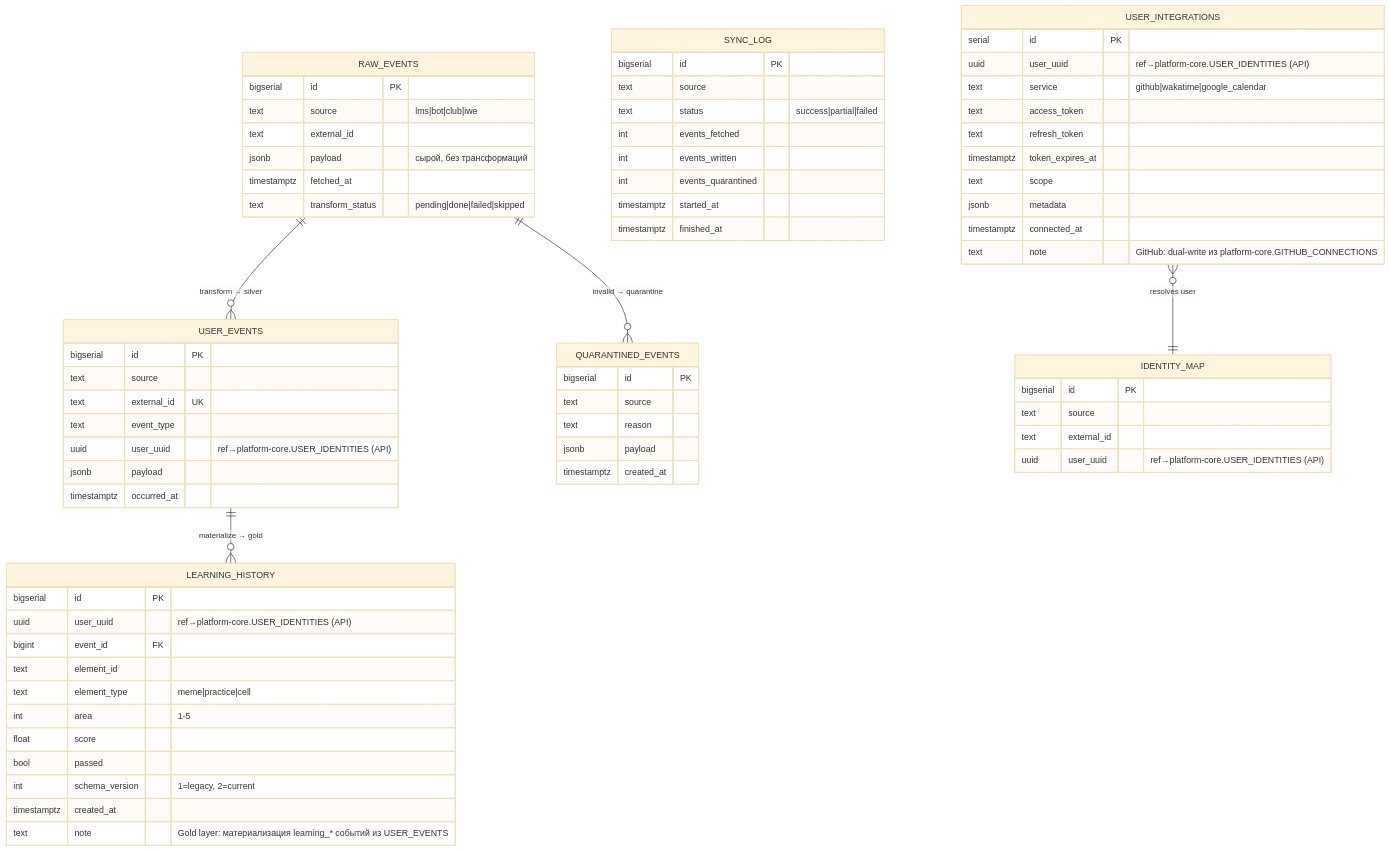
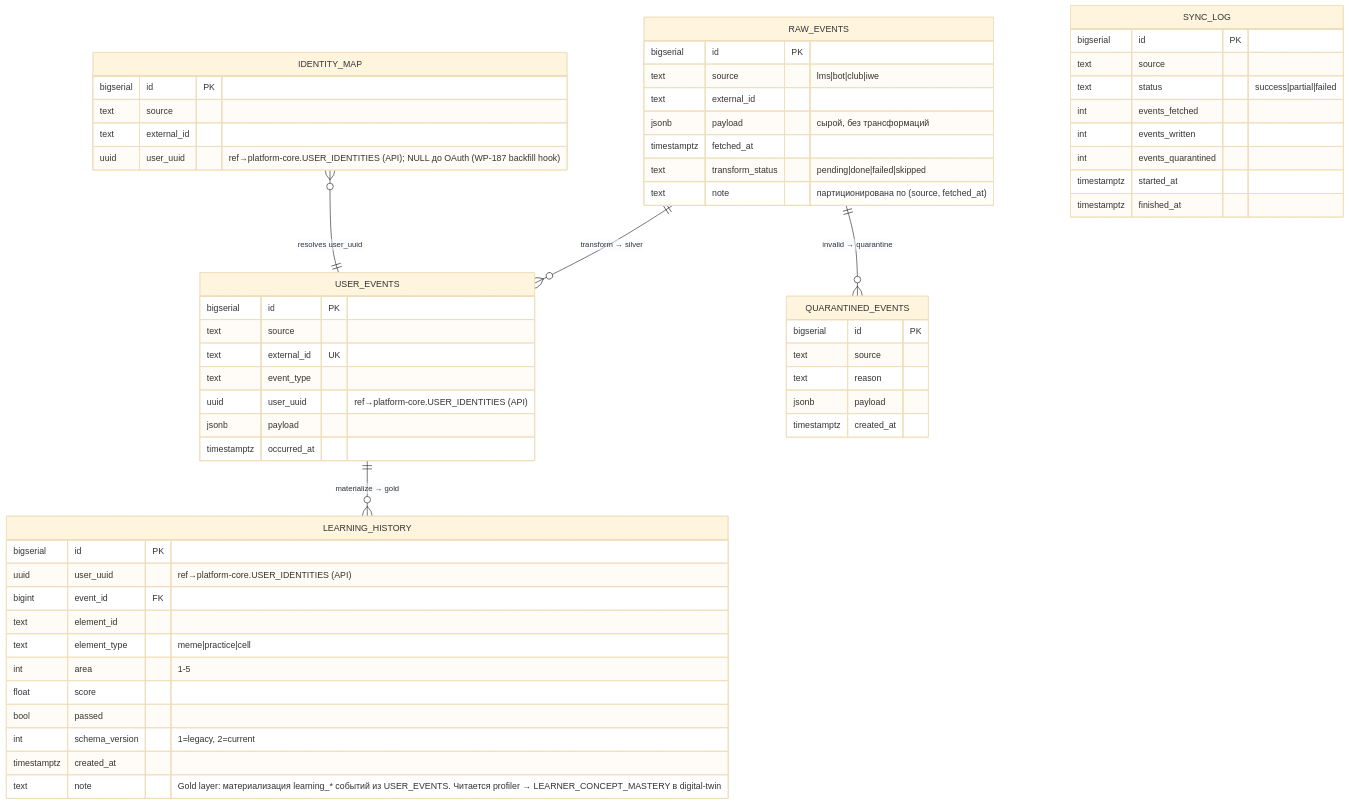
Before and after one commit to TserenTserenov/PACK-digital-platform: the fifth of 8 diagrams in pack/digital-platform/02-domain-entities/DP.ARCH.004-neon-data-architecture.md, drawn with Mermaid (base theme). The commit also changed other lines of this file, not shown here.

First line of the commit message:
refactor(dp.arch.004): resolve architecture review findings

````diff
--- a/pack/digital-platform/02-domain-entities/DP.ARCH.004-neon-data-architecture.md
+++ b/pack/digital-platform/02-domain-entities/DP.ARCH.004-neon-data-architecture.md
@@ -364,79 +393,67 @@
 ```mermaid
 erDiagram
     RAW_EVENTS {
         bigserial   id              PK
         text        source          "lms|bot|club|iwe"
         text        external_id
         jsonb       payload         "сырой, без трансформаций"
         timestamptz fetched_at
         text        transform_status "pending|done|failed|skipped"
+        text        note            "партиционирована по (source, fetched_at)"
     }
 
     USER_EVENTS {
         bigserial   id              PK
         text        source
         text        external_id     UK
         text        event_type
         uuid        user_uuid       "ref→platform-core.USER_IDENTITIES (API)"
         jsonb       payload
         timestamptz occurred_at
     }
 
     LEARNING_HISTORY {
         bigserial   id              PK
         uuid        user_uuid       "ref→platform-core.USER_IDENTITIES (API)"
         bigint      event_id        FK
         text        element_id
         text        element_type    "meme|practice|cell"
         int         area            "1-5"
         float       score
         bool        passed
         int         schema_version  "1=legacy, 2=current"
         timestamptz created_at
-        text        note            "Gold layer: материализация learning_* событий из USER_EVENTS"
+        text        note            "Gold layer: материализация learning_* событий из USER_EVENTS. Читается profiler → LEARNER_CONCEPT_MASTERY в digital-twin"
     }
 
     IDENTITY_MAP {
         bigserial   id              PK
         text        source
         text        external_id
-        uuid        user_uuid       "ref→platform-core.USER_IDENTITIES (API)"
+        uuid        user_uuid       "ref→platform-core.USER_IDENTITIES (API); NULL до OAuth (WP-187 backfill hook)"
     }
 
     QUARANTINED_EVENTS {
         bigserial   id              PK
         text        source
         text        reason
         jsonb       payload
         timestamptz created_at
     }
 
     SYNC_LOG {
         bigserial   id              PK
         text        source
         text        status          "success|partial|failed"
         int         events_fetched
         int         events_written
         int         events_quarantined
         timestamptz started_at
         timestamptz finished_at
     }
 
-    USER_INTEGRATIONS {
-        serial      id              PK
-        uuid        user_uuid       "ref→platform-core.USER_IDENTITIES (API)"
-        text        service         "github|wakatime|google_calendar"
-        text        access_token
-        text        refresh_token
-        timestamptz token_expires_at
-        text        scope
-        jsonb       metadata
-        timestamptz connected_at
-        text        note            "GitHub: dual-write из platform-core.GITHUB_CONNECTIONS"
-    }
-
     RAW_EVENTS ||--o{ USER_EVENTS : "transform → silver"
     USER_EVENTS ||--o{ LEARNING_HISTORY : "materialize → gold"
     RAW_EVENTS ||--o{ QUARANTINED_EVENTS : "invalid → quarantine"
-    USER_INTEGRATIONS }o--|| IDENTITY_MAP : "resolves user"
+    IDENTITY_MAP }o--|| USER_EVENTS : "resolves user_uuid"
 ```
````
